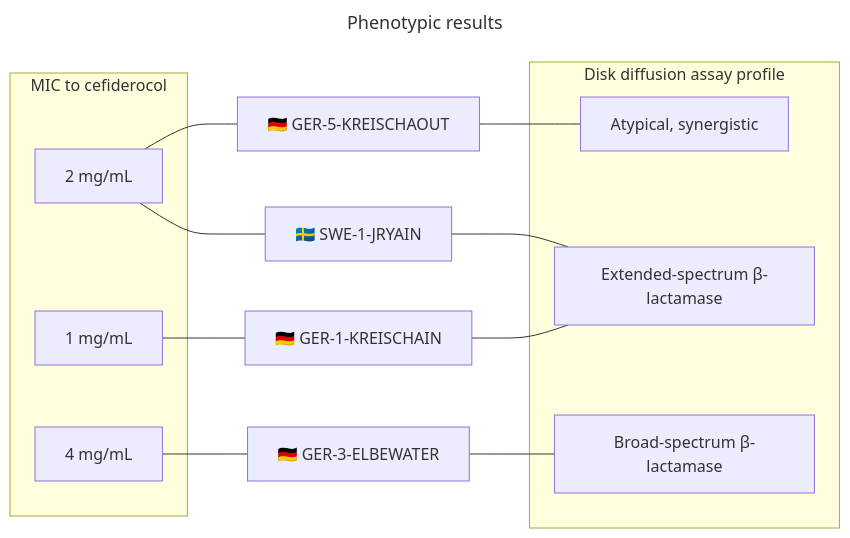
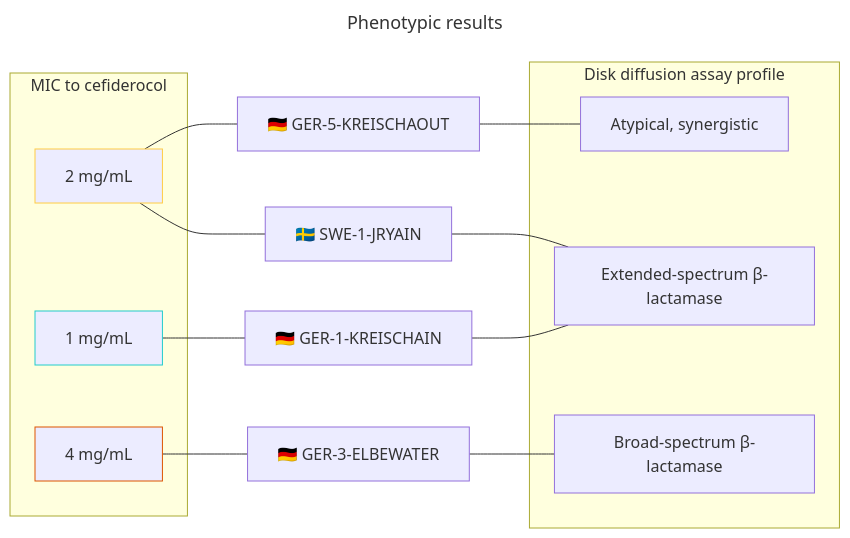
Before and after one commit to RemiGSC/Mgf_FDC: the second of 2 diagrams in README.md, drawn with Mermaid. The commit also changed other lines of this file, not shown here.

````diff
--- a/README.md
+++ b/README.md
@@ -46,23 +45,27 @@
 ```mermaid
 ---
 title: Phenotypic results
 ---
 flowchart LR
 		subgraph DDA [Disk diffusion assay profile]
 			ESBL[Extended-spectrum β-lactamase]
 			Broad-spectrum[Broad-spectrum β-lactamase]
 			Atyp[Atypical, synergistic]
 		end
 
 		subgraph MIC [MIC to cefiderocol]
 			Two[2 mg/mL]
 			One[1 mg/mL]
 			Four[4 mg/mL]
 		end
 
 Two[2 mg/mL] --- C1[🇸🇪 SWE-1-JRYAIN] --- ESBL[Extended-spectrum β-lactamase]
 One[1 mg/mL] --- C3a[🇩🇪 GER-1-KREISCHAIN] --- ESBL
 Four[4 mg/mL] --- C3b[🇩🇪 GER-3-ELBEWATER] --- Broad-spectrum[Broad-spectrum β-lactamase]
 Two ---C3c[🇩🇪 GER-5-KREISCHAOUT] --- Atyp[Atypical, synergistic]
 
+style One stroke:#2cc
+style Two stroke:#fc4
+style Four stroke:#d50
+
 ```
````
